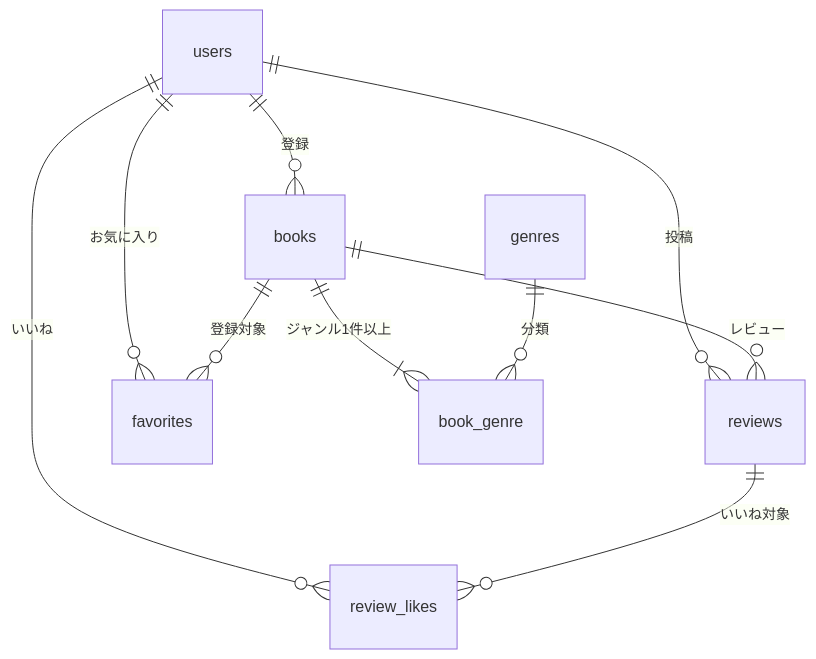
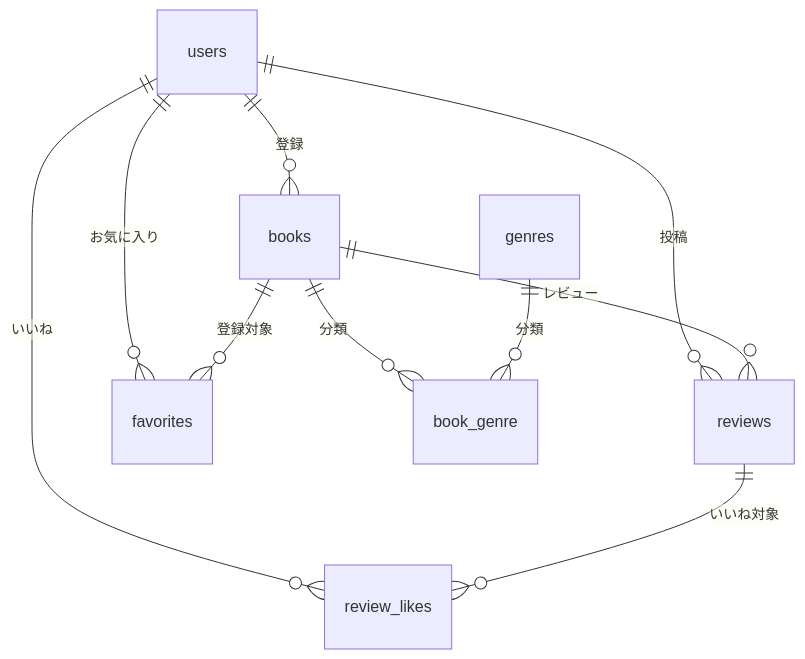
Before and after one commit to Tomoyuki-Kuge/bookshelf-app: the diagram in docs/design/data.md, drawn with Mermaid. The commit also changed other lines of this file and 15 other files, not shown here.

````diff
--- a/docs/design/data.md
+++ b/docs/design/data.md
@@ -39,12 +39,12 @@
 ```mermaid
 erDiagram
     users ||--o{ books : 登録
     users ||--o{ reviews : 投稿
     users ||--o{ favorites : お気に入り
     users ||--o{ review_likes : いいね
-    books ||--|{ book_genre : ジャンル1件以上
+    books ||--o{ book_genre : 分類
     genres ||--o{ book_genre : 分類
     books ||--o{ reviews : レビュー
     books ||--o{ favorites : 登録対象
     reviews ||--o{ review_likes : いいね対象
 ```
````
